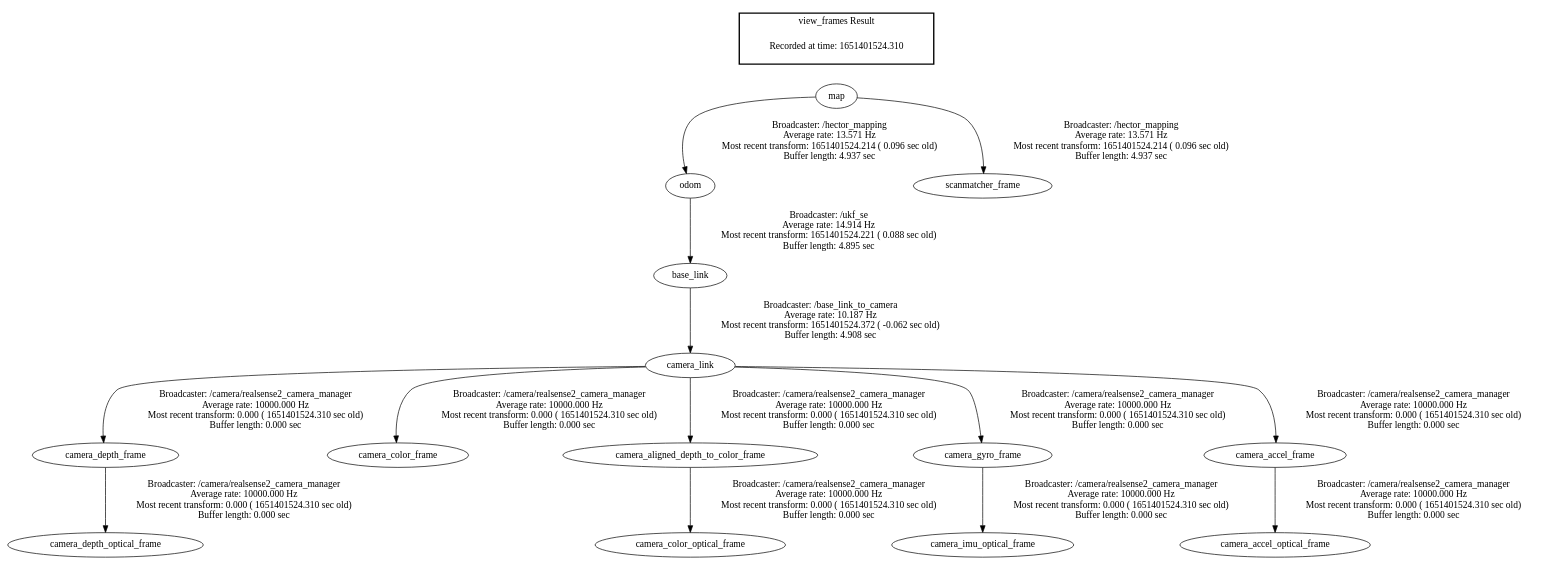
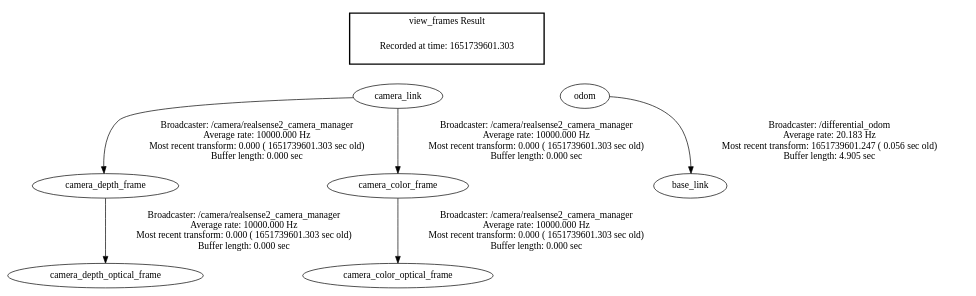
The diagram in launch/frames.gv (Honza0297/ros-trilobot), drawn with Graphviz before and after one commit. The commit also changed 9 other files, not shown here.

```diff
--- a/launch/frames.gv
+++ b/launch/frames.gv
@@ -1,19 +1,15 @@
 digraph G {
-"odom" -> "base_link"[label="Broadcaster: /ukf_se\nAverage rate: 14.914 Hz\nMost recent transform: 1651401524.221 ( 0.088 sec old)\nBuffer length: 4.895 sec\n"];
-"map" -> "odom"[label="Broadcaster: /hector_mapping\nAverage rate: 13.571 Hz\nMost recent transform: 1651401524.214 ( 0.096 sec old)\nBuffer length: 4.937 sec\n"];
-"camera_link" -> "camera_depth_frame"[label="Broadcaster: /camera/realsense2_camera_manager\nAverage rate: 10000.000 Hz\nMost recent transform: 0.000 ( 1651401524.310 sec old)\nBuffer length: 0.000 sec\n"];
-"base_link" -> "camera_link"[label="Broadcaster: /base_link_to_camera\nAverage rate: 10.187 Hz\nMost recent transform: 1651401524.372 ( -0.062 sec old)\nBuffer length: 4.908 sec\n"];
-"camera_depth_frame" -> "camera_depth_optical_frame"[label="Broadcaster: /camera/realsense2_camera_manager\nAverage rate: 10000.000 Hz\nMost recent transform: 0.000 ( 1651401524.310 sec old)\nBuffer length: 0.000 sec\n"];
-"camera_link" -> "camera_color_frame"[label="Broadcaster: /camera/realsense2_camera_manager\nAverage rate: 10000.000 Hz\nMost recent transform: 0.000 ( 1651401524.310 sec old)\nBuffer length: 0.000 sec\n"];
-"camera_aligned_depth_to_color_frame" -> "camera_color_optical_frame"[label="Broadcaster: /camera/realsense2_camera_manager\nAverage rate: 10000.000 Hz\nMost recent transform: 0.000 ( 1651401524.310 sec old)\nBuffer length: 0.000 sec\n"];
-"camera_link" -> "camera_aligned_depth_to_color_frame"[label="Broadcaster: /camera/realsense2_camera_manager\nAverage rate: 10000.000 Hz\nMost recent transform: 0.000 ( 1651401524.310 sec old)\nBuffer length: 0.000 sec\n"];
-"camera_link" -> "camera_gyro_frame"[label="Broadcaster: /camera/realsense2_camera_manager\nAverage rate: 10000.000 Hz\nMost recent transform: 0.000 ( 1651401524.310 sec old)\nBuffer length: 0.000 sec\n"];
-"camera_gyro_frame" -> "camera_imu_optical_frame"[label="Broadcaster: /camera/realsense2_camera_manager\nAverage rate: 10000.000 Hz\nMost recent transform: 0.000 ( 1651401524.310 sec old)\nBuffer length: 0.000 sec\n"];
-"camera_link" -> "camera_accel_frame"[label="Broadcaster: /camera/realsense2_camera_manager\nAverage rate: 10000.000 Hz\nMost recent transform: 0.000 ( 1651401524.310 sec old)\nBuffer length: 0.000 sec\n"];
-"camera_accel_frame" -> "camera_accel_optical_frame"[label="Broadcaster: /camera/realsense2_camera_manager\nAverage rate: 10000.000 Hz\nMost recent transform: 0.000 ( 1651401524.310 sec old)\nBuffer length: 0.000 sec\n"];
-"map" -> "scanmatcher_frame"[label="Broadcaster: /hector_mapping\nAverage rate: 13.571 Hz\nMost recent transform: 1651401524.214 ( 0.096 sec old)\nBuffer length: 4.937 sec\n"];
+"camera_link" -> "camera_depth_frame"[label="Broadcaster: /camera/realsense2_camera_manager\nAverage rate: 10000.000 Hz\nMost recent transform: 0.000 ( 1651739601.303 sec old)\nBuffer length: 0.000 sec\n"];
+"camera_depth_frame" -> "camera_depth_optical_frame"[label="Broadcaster: /camera/realsense2_camera_manager\nAverage rate: 10000.000 Hz\nMost recent transform: 0.000 ( 1651739601.303 sec old)\nBuffer length: 0.000 sec\n"];
+"camera_link" -> "camera_color_frame"[label="Broadcaster: /camera/realsense2_camera_manager\nAverage rate: 10000.000 Hz\nMost recent transform: 0.000 ( 1651739601.303 sec old)\nBuffer length: 0.000 sec\n"];
+"camera_color_frame" -> "camera_color_optical_frame"[label="Broadcaster: /camera/realsense2_camera_manager\nAverage rate: 10000.000 Hz\nMost recent transform: 0.000 ( 1651739601.303 sec old)\nBuffer length: 0.000 sec\n"];
+"odom" -> "base_link"[label="Broadcaster: /differential_odom\nAverage rate: 20.183 Hz\nMost recent transform: 1651739601.247 ( 0.056 sec old)\nBuffer length: 4.905 sec\n"];
 edge [style=invis];
  subgraph cluster_legend { style=bold; color=black; label ="view_frames Result";
-"Recorded at time: 1651401524.310"[ shape=plaintext ] ;
- }->"map";
+"Recorded at time: 1651739601.303"[ shape=plaintext ] ;
+ }->"camera_link";
+edge [style=invis];
+ subgraph cluster_legend { style=bold; color=black; label ="view_frames Result";
+"Recorded at time: 1651739601.303"[ shape=plaintext ] ;
+ }->"odom";
 }
```
